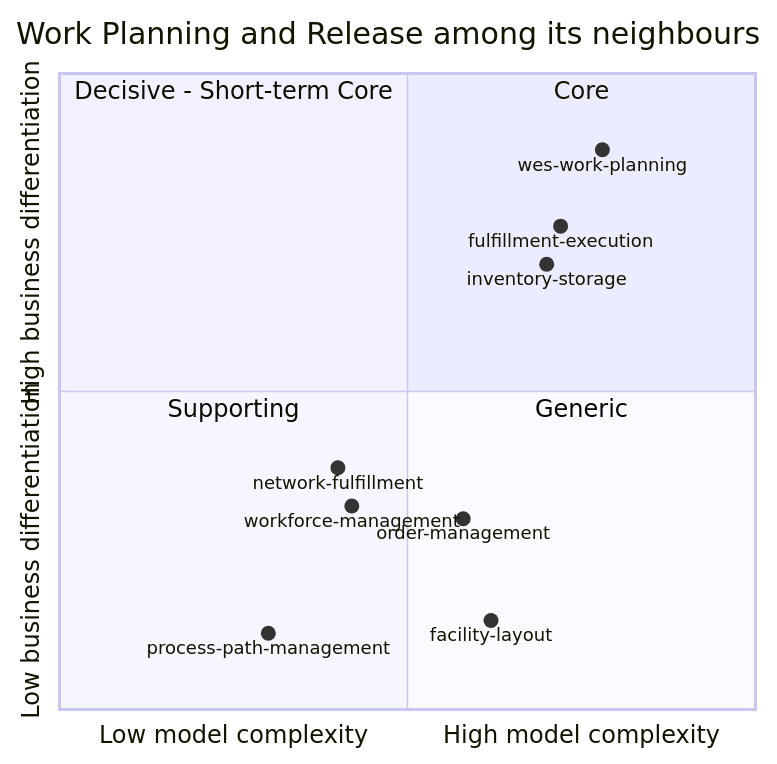
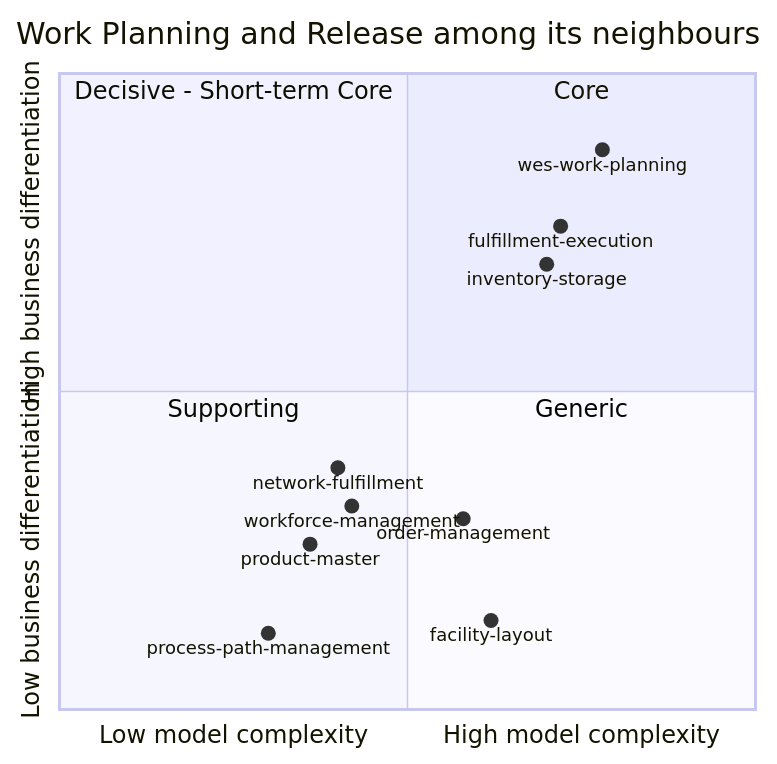
One commit to IQVO/warehouse-docs changed the diagram in docs/contexts/wes-work-planning/core-domain-chart.md. Above: the diagram before and after it, drawn with Mermaid. The commit also changed other lines of this file and 119 other files, not shown here.

Commit message:
docs: re-sync specs, packs and AsyncAPI from the fleet's develop after the product-master docs refresh

````diff
--- a/docs/contexts/wes-work-planning/core-domain-chart.md
+++ b/docs/contexts/wes-work-planning/core-domain-chart.md
@@ -22,18 +22,19 @@
 ```mermaid
 quadrantChart
     title Work Planning and Release among its neighbours
     x-axis Low model complexity --> High model complexity
     y-axis Low business differentiation --> High business differentiation
     quadrant-1 Core
     quadrant-2 Decisive - Short-term Core
     quadrant-3 Supporting
     quadrant-4 Generic
     wes-work-planning: [0.78, 0.88]
     fulfillment-execution: [0.72, 0.76]
     inventory-storage: [0.70, 0.70]
     workforce-management: [0.42, 0.32]
     network-fulfillment: [0.40, 0.38]
     order-management: [0.58, 0.30]
+    product-master: [0.36, 0.26]
     facility-layout: [0.62, 0.14]
     process-path-management: [0.30, 0.12]
 ```
````
